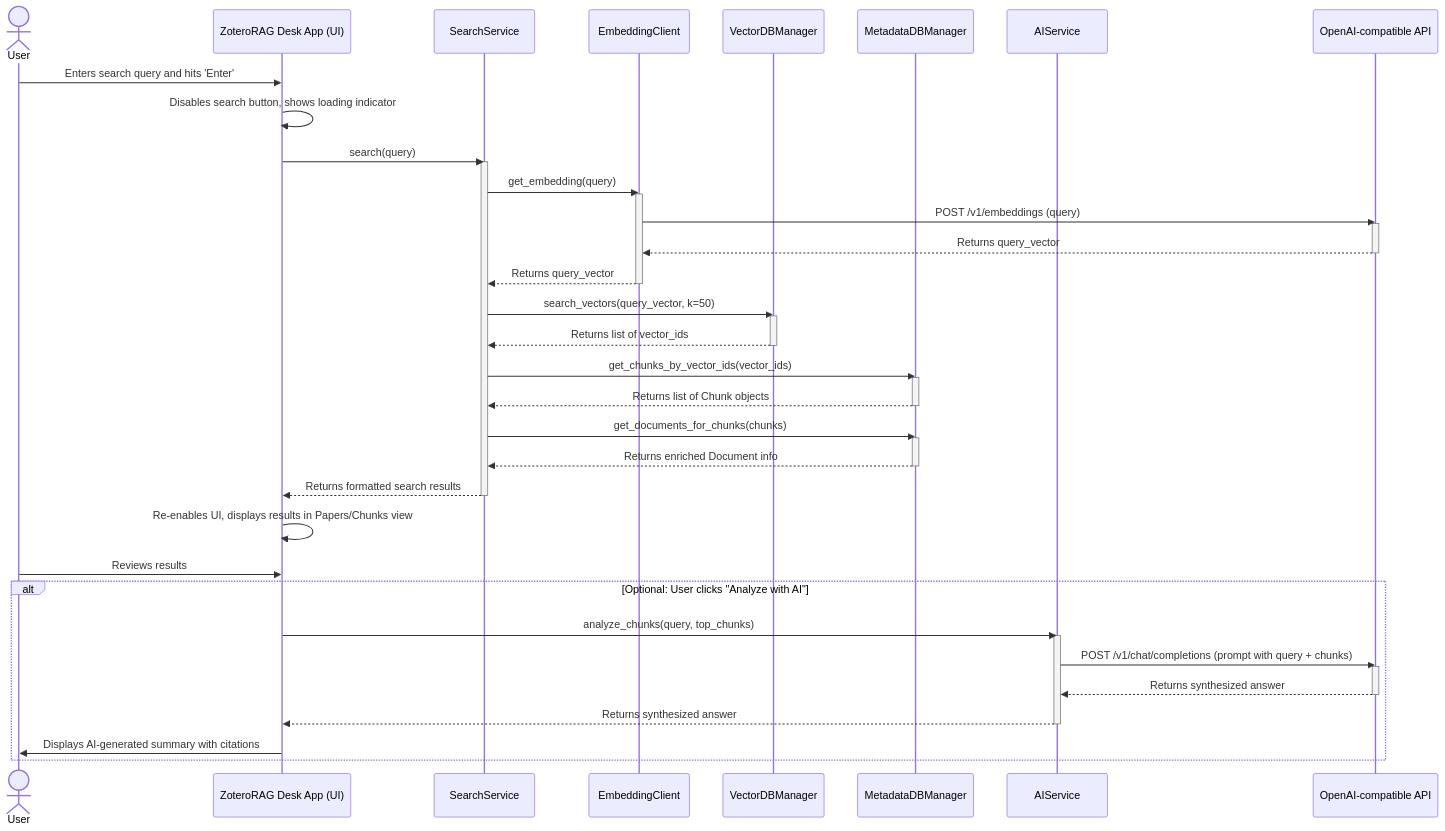
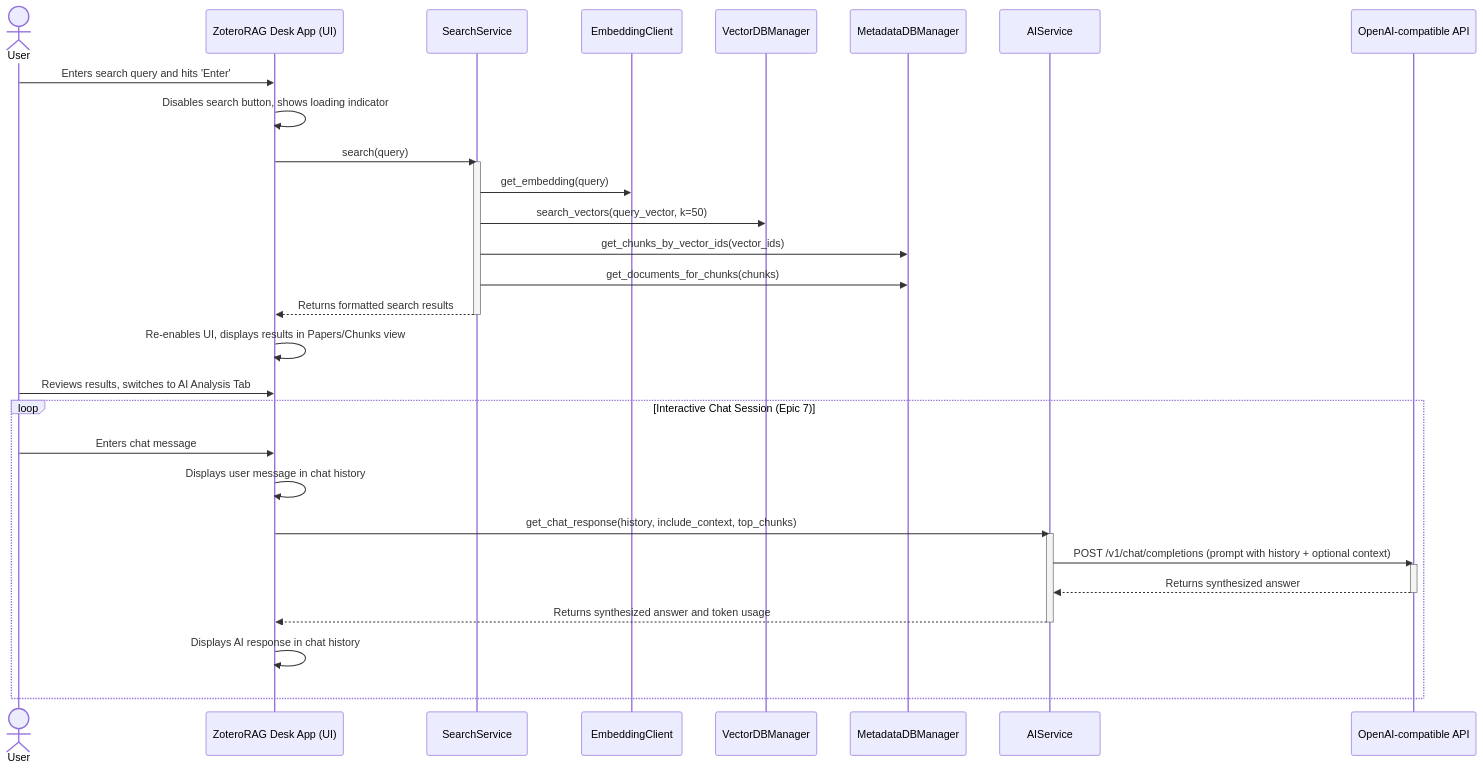
One commit to zzwwbs/ZoteroRAG changed the fifth of 5 diagrams in docs/architecture.md. Above: the diagram before and after it, drawn with Mermaid. The commit also changed other lines of this file and 14 other files, not shown here.

````diff
--- a/docs/architecture.md
+++ b/docs/architecture.md
@@ -1349,61 +1375,43 @@
 ```mermaid
 sequenceDiagram
     actor User
     participant UI as ZoteroRAG Desk App (UI)
     participant SS as SearchService
     participant EC as EmbeddingClient
     participant VDM as VectorDBManager
     participant MDM as MetadataDBManager
     participant AIS as AIService
     participant OAI as OpenAI-compatible API
 
     User->>UI: Enters search query and hits 'Enter'
     UI->>UI: Disables search button, shows loading indicator
     UI->>SS: search(query)
     activate SS
 
     SS->>EC: get_embedding(query)
-    activate EC
-    EC->>OAI: POST /v1/embeddings (query)
-    activate OAI
-    OAI-->>EC: Returns query_vector
-    deactivate OAI
-    EC-->>SS: Returns query_vector
-    deactivate EC
-
     SS->>VDM: search_vectors(query_vector, k=50)
-    activate VDM
-    VDM-->>SS: Returns list of vector_ids
-    deactivate VDM
-
     SS->>MDM: get_chunks_by_vector_ids(vector_ids)
-    activate MDM
-    MDM-->>SS: Returns list of Chunk objects
-    deactivate MDM
-
     SS->>MDM: get_documents_for_chunks(chunks)
-    activate MDM
-    MDM-->>SS: Returns enriched Document info
-    deactivate MDM
-
     SS-->>UI: Returns formatted search results
     deactivate SS
 
     UI->>UI: Re-enables UI, displays results in Papers/Chunks view
-    User->>UI: Reviews results
+    User->>UI: Reviews results, switches to AI Analysis Tab
 
-    alt Optional: User clicks "Analyze with AI"
-        UI->>AIS: analyze_chunks(query, top_chunks)
+    loop Interactive Chat Session (Epic 7)
+        User->>UI: Enters chat message
+        UI->>UI: Displays user message in chat history
+        UI->>AIS: get_chat_response(history, include_context, top_chunks)
         activate AIS
 
-        AIS->>OAI: POST /v1/chat/completions (prompt with query + chunks)
+        AIS->>OAI: POST /v1/chat/completions (prompt with history + optional context)
         activate OAI
         OAI-->>AIS: Returns synthesized answer
         deactivate OAI
 
-        AIS-->>UI: Returns synthesized answer
+        AIS-->>UI: Returns synthesized answer and token usage
         deactivate AIS
 
-        UI->>User: Displays AI-generated summary with citations
+        UI->>UI: Displays AI response in chat history
     end
 ```
````
